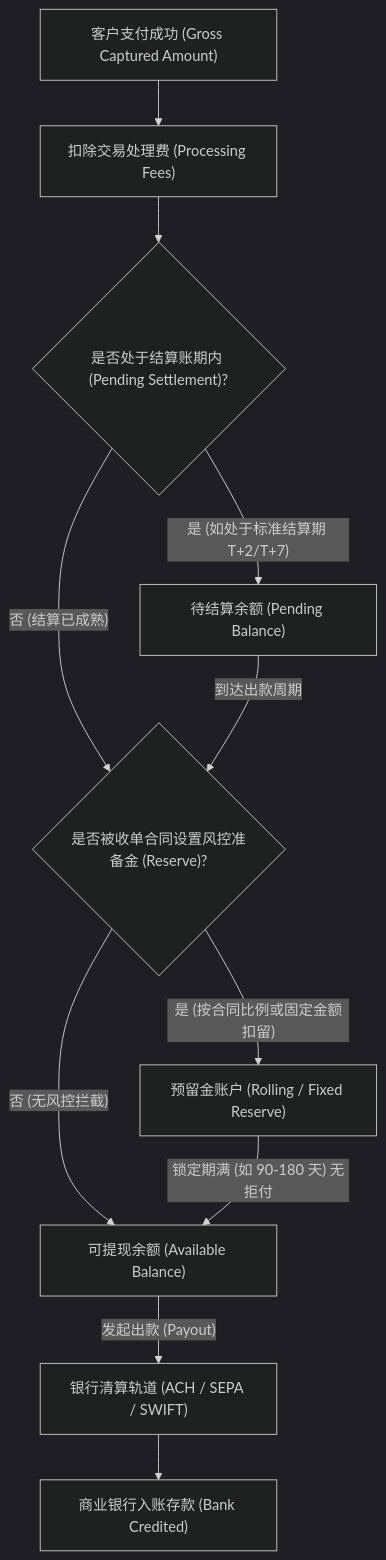
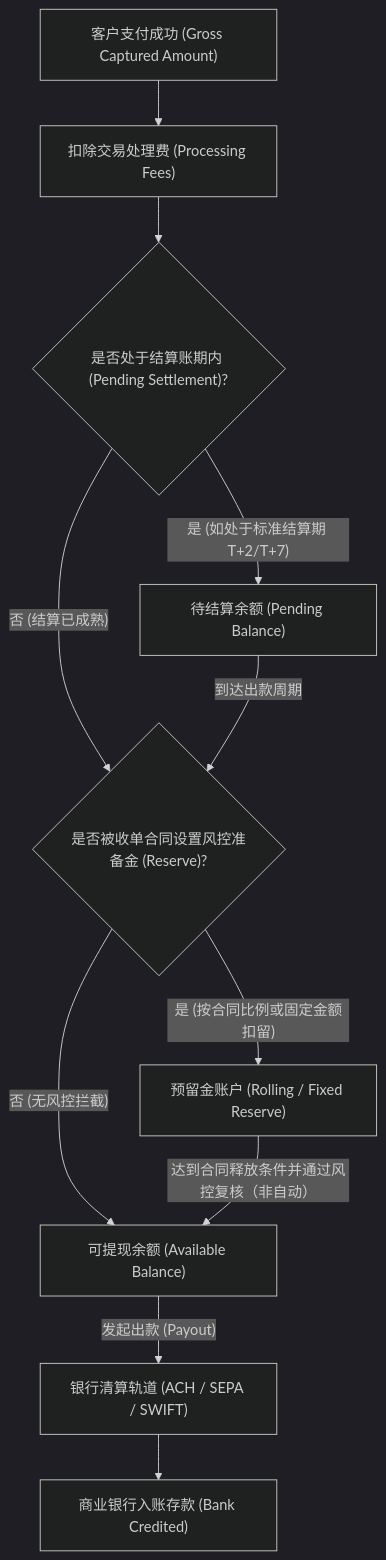
Before and after one commit to entropy-student/project: the first of 5 diagrams in cross-border-business/03-payment-tax-entity/docs/CHAPTER6_FINAL_SEALED.md, drawn with Mermaid (dark theme). The commit also changed 12 other files, not shown here.

````diff
--- a/cross-border-business/03-payment-tax-entity/docs/CHAPTER6_FINAL_SEALED.md
+++ b/cross-border-business/03-payment-tax-entity/docs/CHAPTER6_FINAL_SEALED.md
@@ -79,13 +79,13 @@
 ```mermaid
 flowchart TD
     A["客户支付成功 (Gross Captured Amount)"] --> B["扣除交易处理费 (Processing Fees)"]
     B --> C{"是否处于结算账期内 (Pending Settlement)?"}
     C -- "是 (如处于标准结算期 T+2/T+7)" --> D["待结算余额 (Pending Balance)"]
     C -- "否 (结算已成熟)" --> E{"是否被收单合同设置风控准备金 (Reserve)?"}
     E -- "是 (按合同比例或固定金额扣留)" --> F["预留金账户 (Rolling / Fixed Reserve)"]
     E -- "否 (无风控拦截)" --> G["可提现余额 (Available Balance)"]
     D -->|"到达出款周期"| E
-    F -->|"锁定期满 (如 90-180 天) 无拒付"| G
+    F -->|"达到合同释放条件并通过风控复核（非自动）"| G
     G -->|"发起出款 (Payout)"| H["银行清算轨道 (ACH / SEPA / SWIFT)"]
     H --> I["商业银行入账存款 (Bank Credited)"]
 ```
````
